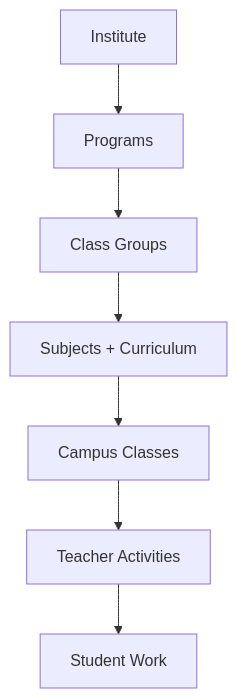
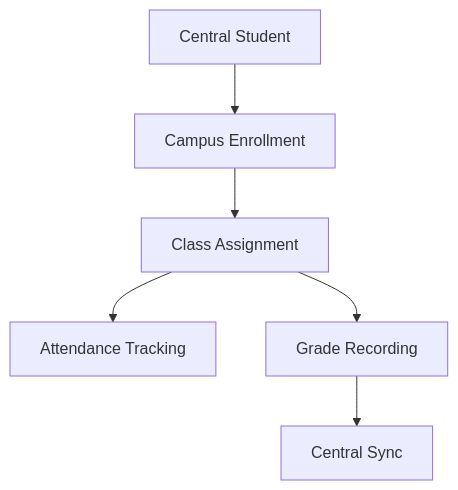
The fourth of 5 diagrams in Campus implimenttaion folow.md (Tekmindlabs/LXP-16-02-25-campus), drawn with Mermaid before and after one commit. The commit also changed other lines of this file and 14 other files, not shown here.

````diff
--- a/Campus implimenttaion folow.md
+++ b/Campus implimenttaion folow.md
@@ -178,9 +75,8 @@
 ```mermaid
 graph TD
-    A[Institute] --> B[Programs]
-    B --> C[Class Groups]
-    C --> D[Subjects + Curriculum]
-    D --> E[Campus Classes]
-    E --> F[Teacher Activities]
-    F --> G[Student Work]
+    A[Central Student] --> B[Campus Enrollment]
+    B --> C[Class Assignment]
+    C --> D[Attendance Tracking]
+    C --> E[Grade Recording]
+    E --> F[Central Sync]
 ```
````
